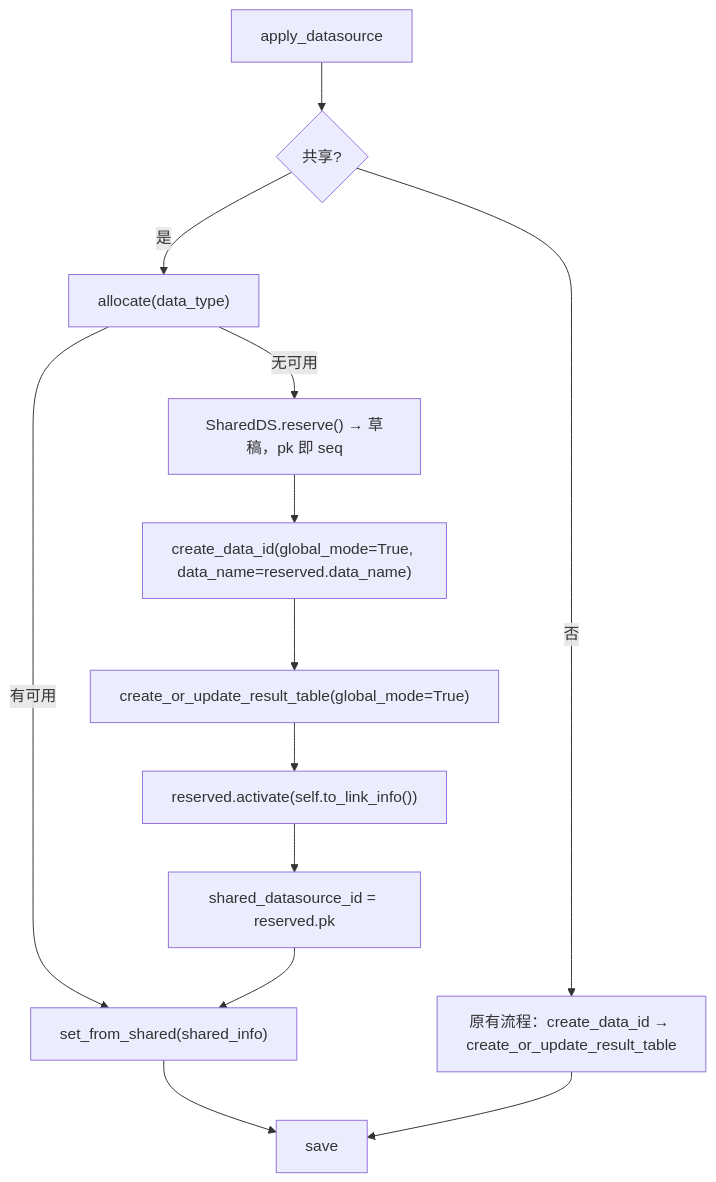
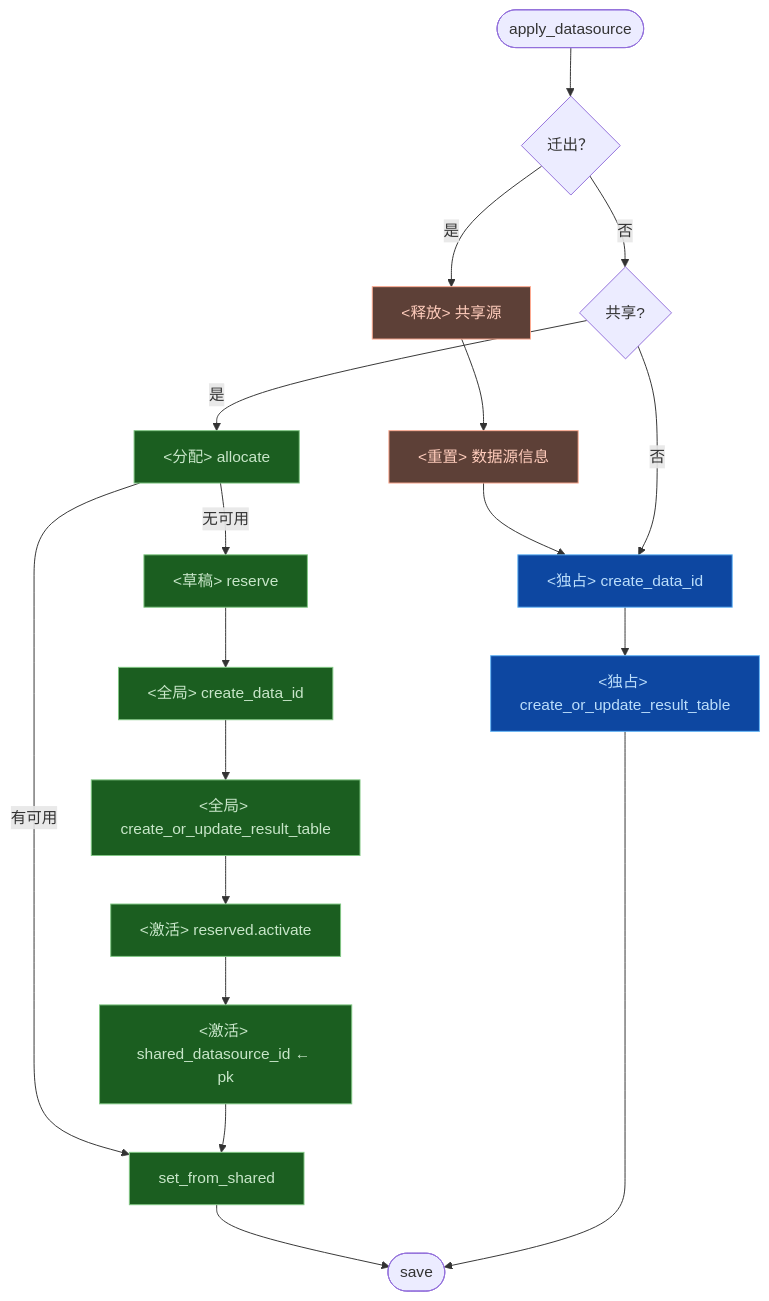
Before and after one commit to ZhuoZhuoCrayon/ai-workspace: the eighth of 10 diagrams in knowledge/bkmonitor/issues/2026-03-03-apm-shared-datasource/PLAN.md, drawn with Mermaid. The commit also changed other lines of this file, not shown here.

First line of the commit message:
docs(bkmonitor): refine APM shared datasource PLAN structure and diagrams

````diff
--- a/knowledge/bkmonitor/issues/2026-03-03-apm-shared-datasource/PLAN.md
+++ b/knowledge/bkmonitor/issues/2026-03-03-apm-shared-datasource/PLAN.md
@@ -270,15 +277,33 @@
 ```mermaid
 flowchart TD
-    A[apply_datasource] --> B{共享?}
-    B -->|是| C["allocate(data_type)"]
-    C -->|有可用| D["set_from_shared(shared_info)"]
-    C -->|无可用| E["SharedDS.reserve() → 草稿，pk 即 seq"]
-    E --> F["create_data_id(global_mode=True, data_name=reserved.data_name)"]
-    F --> G["create_or_update_result_table(global_mode=True)"]
-    G --> H["reserved.activate(self.to_link_info())"]
-    H --> I["shared_datasource_id = reserved.pk"]
+    A([apply_datasource]) --> M{迁出？}
+
+    M -->|是| N[<释放> 共享源]
+    N --> O[<重置> 数据源信息]
+    O --> K[<独占> create_data_id]
+
+    M -->|否| B{共享?}
+
+    B -->|是| C[<分配> allocate]
+    C -->|有可用| D[set_from_shared]
+    C -->|无可用| E[<草稿> reserve]
+    E --> F[<全局> create_data_id]
+    F --> G[<全局> create_or_update_result_table]
+    G --> H[<激活> reserved.activate]
+    H --> I[<激活> shared_datasource_id ← pk]
     I --> D
-    D --> J[save]
-    B -->|否| K["原有流程：create_data_id → create_or_update_result_table"]
-    K --> J
+
+    B -->|否| K
+    K --> Q[<独占> create_or_update_result_table]
+
+    D --> J([save])
+    Q --> J
+
+    classDef migrate fill:#5d4037,stroke:#ffab91,color:#ffccbc
+    classDef shared fill:#1b5e20,stroke:#81c784,color:#c8e6c9
+    classDef dedicated fill:#0d47a1,stroke:#64b5f6,color:#bbdefb
+
+    class N,O migrate
+    class C,D,E,F,G,H,I shared
+    class K,Q dedicated
 ```
````
